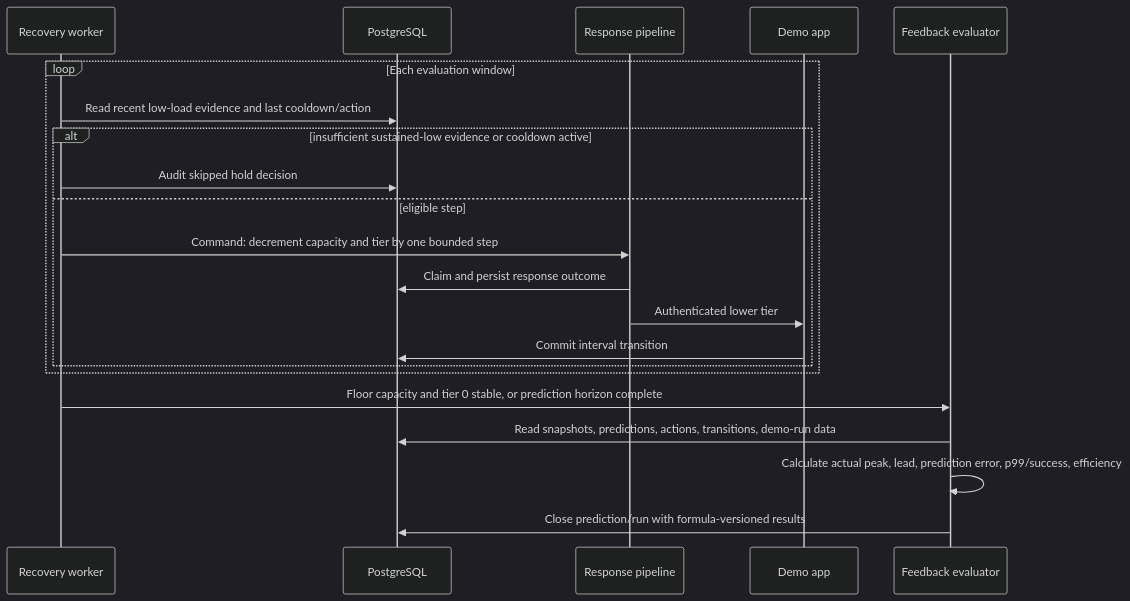
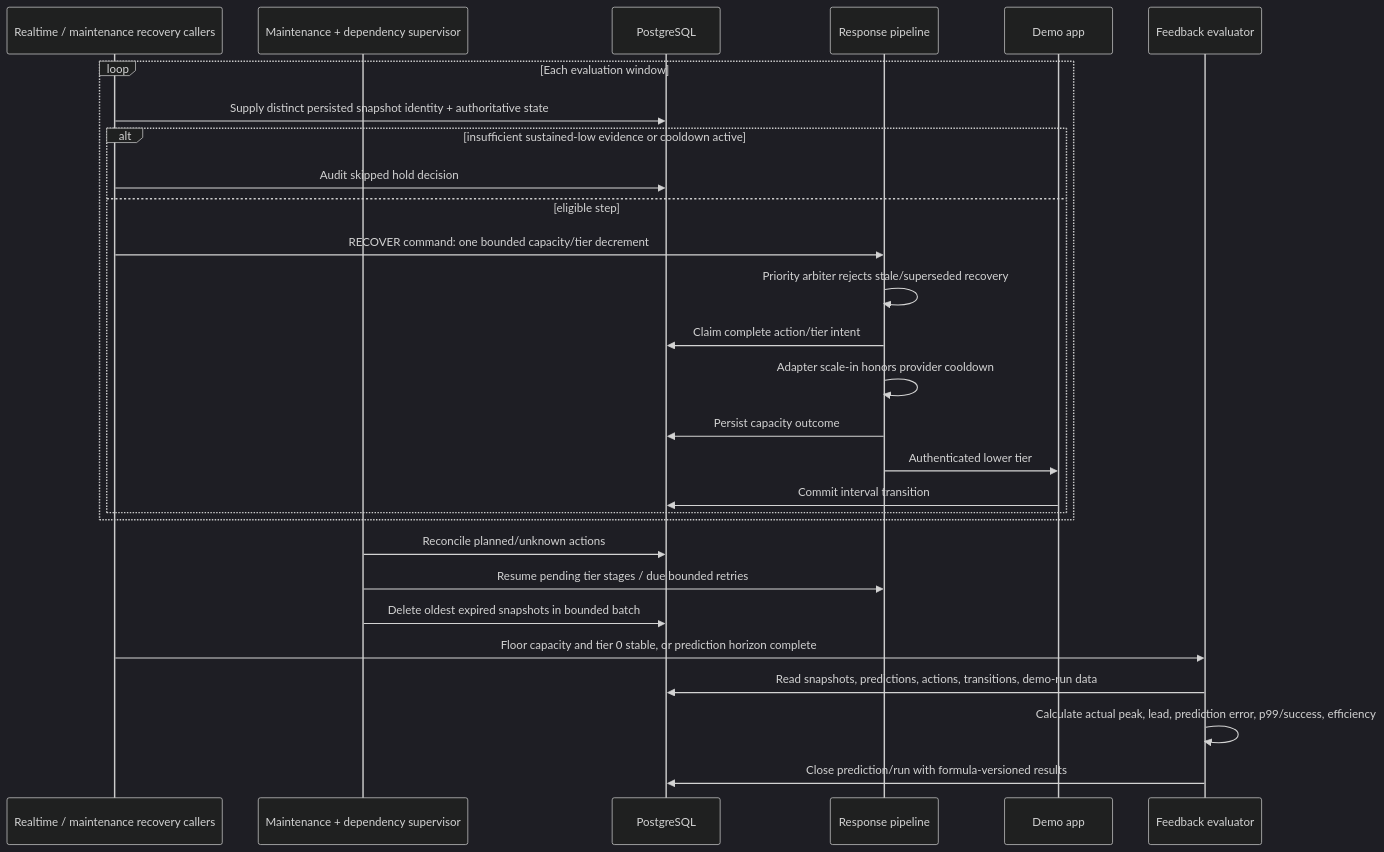
One commit to Suryavarma333/pulse-engine changed the fourth of 4 diagrams in docs/sdlc/daefa536-d064-42a8-aaef-98272b2b332e/complete-predictive-surge-platform.md. Above: the diagram before and after it, drawn with Mermaid (dark theme). The commit also changed other lines of this file and 5 other files, not shown here.

````diff
--- a/docs/sdlc/daefa536-d064-42a8-aaef-98272b2b332e/complete-predictive-surge-platform.md
+++ b/docs/sdlc/daefa536-d064-42a8-aaef-98272b2b332e/complete-predictive-surge-platform.md
@@ -511,24 +704,31 @@
 ```mermaid
 sequenceDiagram
-  participant W as Recovery worker
+  participant W as Realtime / maintenance recovery callers
+  participant M as Maintenance + dependency supervisor
   participant P as PostgreSQL
   participant R as Response pipeline
   participant D as Demo app
   participant F as Feedback evaluator
 
   loop Each evaluation window
-    W->>P: Read recent low-load evidence and last cooldown/action
+    W->>P: Supply distinct persisted snapshot identity + authoritative state
     alt insufficient sustained-low evidence or cooldown active
       W->>P: Audit skipped hold decision
     else eligible step
-      W->>R: Command: decrement capacity and tier by one bounded step
-      R->>P: Claim and persist response outcome
+      W->>R: RECOVER command: one bounded capacity/tier decrement
+      R->>R: Priority arbiter rejects stale/superseded recovery
+      R->>P: Claim complete action/tier intent
+      R->>R: Adapter scale-in honors provider cooldown
+      R->>P: Persist capacity outcome
       R->>D: Authenticated lower tier
       D->>P: Commit interval transition
     end
   end
+  M->>P: Reconcile planned/unknown actions
+  M->>R: Resume pending tier stages / due bounded retries
+  M->>P: Delete oldest expired snapshots in bounded batch
   W->>F: Floor capacity and tier 0 stable, or prediction horizon complete
   F->>P: Read snapshots, predictions, actions, transitions, demo-run data
   F->>F: Calculate actual peak, lead, prediction error, p99/success, efficiency
   F->>P: Close prediction/run with formula-versioned results
 ```
````
